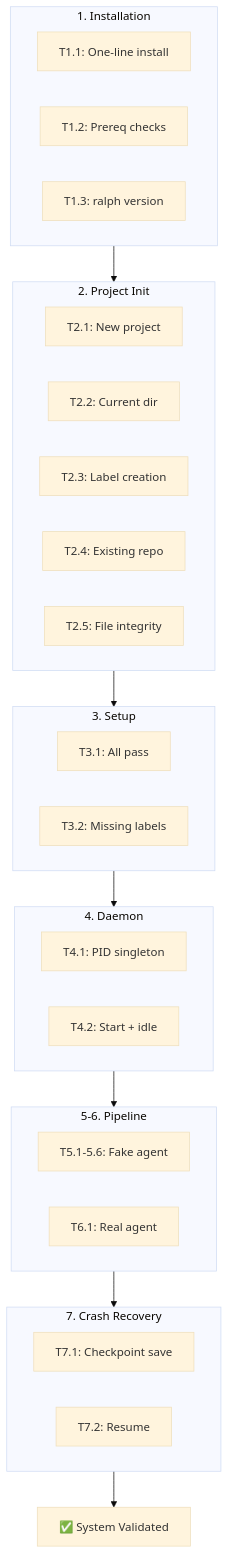
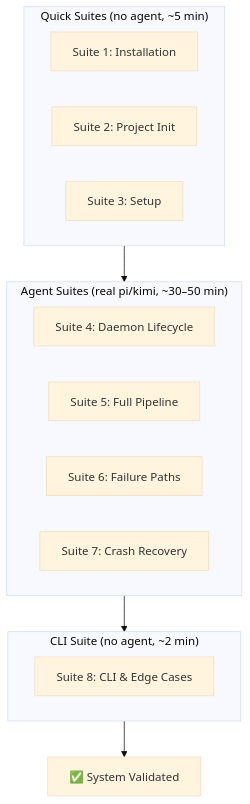
Before and after one commit to samdharma/ralph_loop: the first of 3 diagrams in docs/system_test.md, drawn with Mermaid (base theme). The commit also changed other lines of this file, not shown here.

First line of the commit message:
[ralph] docs: rewrite system_test.md for real agent + real GitHub

````diff
--- a/docs/system_test.md
+++ b/docs/system_test.md
@@ -121,40 +103,22 @@
 ```mermaid
 flowchart TD
-    subgraph Install["1. Installation"]
-        I1[T1.1: One-line install]
-        I2[T1.2: Prereq checks]
-        I3[T1.3: ralph version]
+    subgraph Quick["Quick Suites (no agent, ~5 min)"]
+        S1[Suite 1: Installation]
+        S2[Suite 2: Project Init]
+        S3[Suite 3: Setup]
     end
 
-    subgraph Init["2. Project Init"]
-        N1[T2.1: New project]
-        N2[T2.2: Current dir]
-        N3[T2.3: Label creation]
-        N4[T2.4: Existing repo]
-        N5[T2.5: File integrity]
+    subgraph Agent["Agent Suites (real pi/kimi, ~30–50 min)"]
+        S4[Suite 4: Daemon Lifecycle]
+        S5[Suite 5: Full Pipeline]
+        S6[Suite 6: Failure Paths]
+        S7[Suite 7: Crash Recovery]
     end
 
-    subgraph Setup["3. Setup"]
-        S1[T3.1: All pass]
-        S2[T3.2: Missing labels]
+    subgraph CLI["CLI Suite (no agent, ~2 min)"]
+        S8[Suite 8: CLI & Edge Cases]
     end
 
-    subgraph Daemon["4. Daemon"]
-        D1[T4.1: PID singleton]
-        D2[T4.2: Start + idle]
-    end
-
-    subgraph Pipeline["5-6. Pipeline"]
-        P1[T5.1-5.6: Fake agent]
-        P2[T6.1: Real agent]
-    end
-
-    subgraph Recovery["7. Crash Recovery"]
-        R1[T7.1: Checkpoint save]
-        R2[T7.2: Resume]
-    end
-
-    Install --> Init --> Setup --> Daemon --> Pipeline --> Recovery
-
-    Recovery --> Done["✅ System Validated"]
+    Quick --> Agent --> CLI
+    CLI --> Done["✅ System Validated"]
 ```
````
